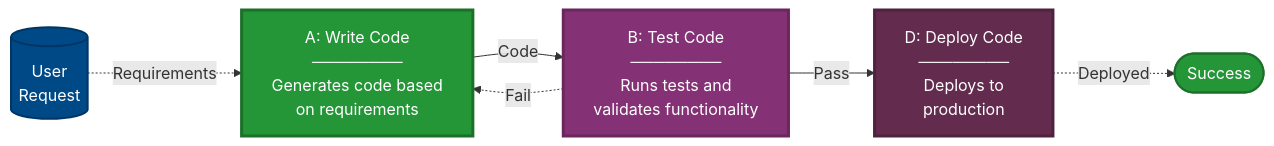
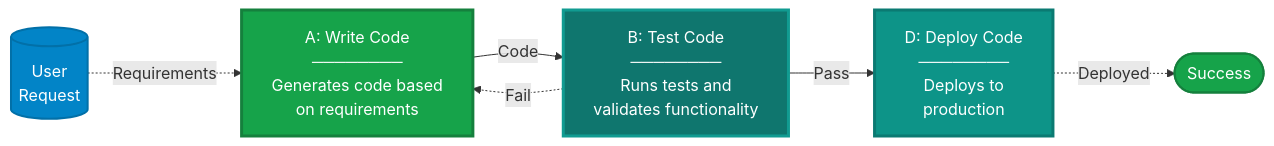
The second of 6 diagrams in docs/patterns/design-patterns.md (nitin27may/ai-resources), drawn with Mermaid before and after one commit. The commit also changed other lines of this file and 84 other files, not shown here.

````diff
--- a/docs/patterns/design-patterns.md
+++ b/docs/patterns/design-patterns.md
@@ -123,20 +122,20 @@
 ```mermaid
 flowchart LR
     User[("User<br/>Request")]
     A["A: Write Code<br/>────────<br/>Generates code based<br/>on requirements"]
     B["B: Test Code<br/>────────<br/>Runs tests and<br/>validates functionality"]
     D["D: Deploy Code<br/>────────<br/>Deploys to<br/>production"]
     End([Success])
     
     User -.->|Requirements| A
     A -->|Code| B
     B -->|Pass| D
     B -.->|Fail| A
     D -.->|Deployed| End
     
-    style User fill:#004987,stroke:#003665,stroke-width:2px,color:#fff
-    style A fill:#259638,stroke:#1C712A,stroke-width:3px,color:#fff
-    style B fill:#853175,stroke:#6A275E,stroke-width:3px,color:#fff
-    style D fill:#632C4F,stroke:#4E223E,stroke-width:3px,color:#fff
-    style End fill:#259638,stroke:#1C712A,stroke-width:2px,color:#fff
+    style User fill:#0284c7,stroke:#0270a8,stroke-width:2px,color:#fff
+    style A fill:#16a34a,stroke:#15803d,stroke-width:3px,color:#fff
+    style B fill:#0f766e,stroke:#119b91,stroke-width:3px,color:#fff
+    style D fill:#0d9488,stroke:#0b7a72,stroke-width:3px,color:#fff
+    style End fill:#16a34a,stroke:#15803d,stroke-width:2px,color:#fff
 ```
````
